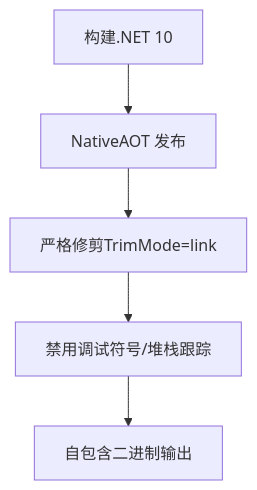
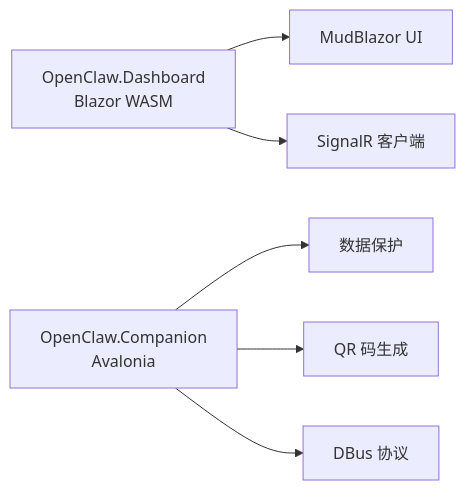
The sixth of 8 diagrams in .qoder/repowiki/zh/content/项目概述/技术栈概览.md (wayyet/kingcrab), drawn with Mermaid before and after one commit. The commit also changed other lines of this file and 431 other files, not shown here.

````diff
--- a/.qoder/repowiki/zh/content/项目概述/技术栈概览.md
+++ b/.qoder/repowiki/zh/content/项目概述/技术栈概览.md
@@ -273,7 +269,8 @@
 ```mermaid
-flowchart TD
-Build["构建.NET 10"] --> AOT["NativeAOT 发布"]
-AOT --> Trim["严格修剪TrimMode=link"]
-Trim --> Symbols["禁用调试符号/堆栈跟踪"]
-Symbols --> Output["自包含二进制输出"]
+graph LR
+Dashboard["OpenClaw.Dashboard<br/>Blazor WASM"] --> MudBlazor["MudBlazor UI"]
+Dashboard --> SignalR["SignalR 客户端"]
+Companion["OpenClaw.Companion<br/>Avalonia"] --> DataProtection["数据保护"]
+Companion --> QR["QR 码生成"]
+Companion --> DBus["DBus 协议"]
 ```
````
